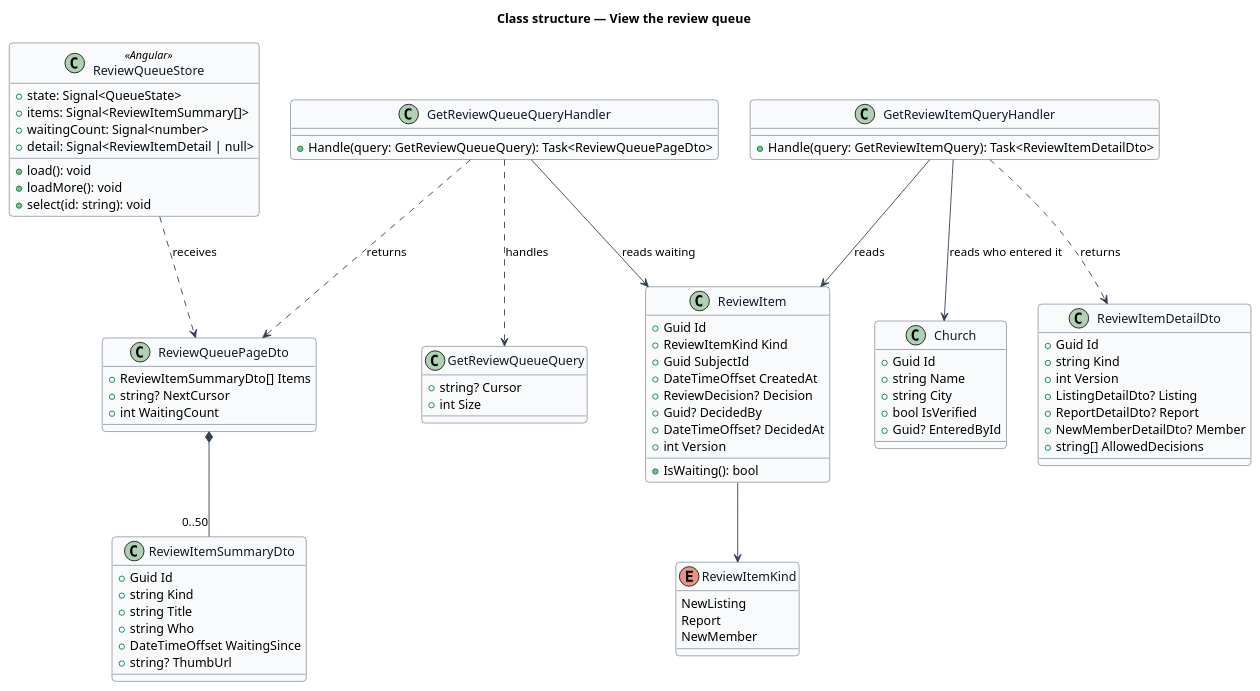
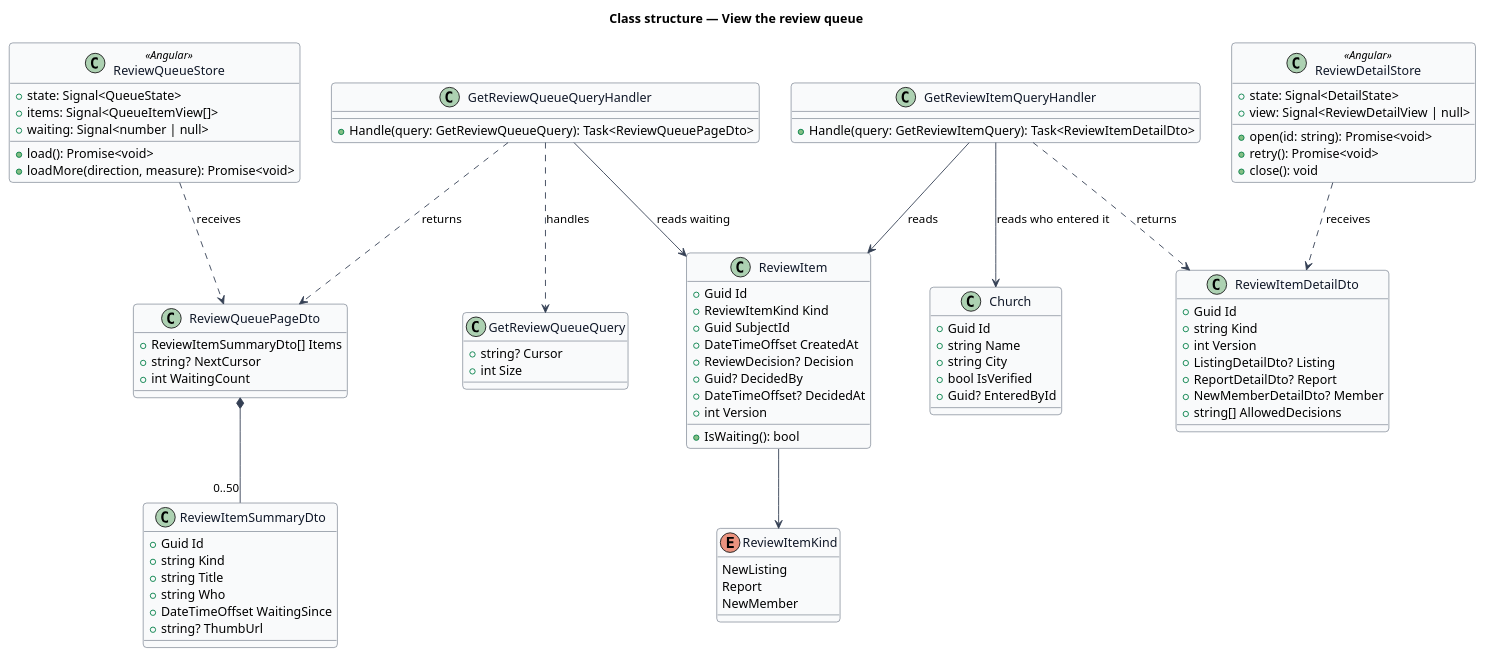
The diagram in docs/detailed-designs/review/view-review-queue/diagrams/class-structure.puml (QuinntyneBrown/christian-rent), drawn with PlantUML before and after one commit. The commit also changed 19 other files, not shown here.

```diff
--- a/docs/detailed-designs/review/view-review-queue/diagrams/class-structure.puml
+++ b/docs/detailed-designs/review/view-review-queue/diagrams/class-structure.puml
@@ -1,89 +1,95 @@
 @startuml
 ' --- shared skin header ---
 skinparam backgroundColor #FFFFFF
 skinparam shadowing false
 skinparam roundcorner 8
 skinparam defaultFontName Arial
 skinparam ArrowColor #344054
 skinparam class {
   BorderColor #344054
   FontColor #101828
   BackgroundColor #F9FAFB
 }
 ' --------------------------
 title Class structure — View the review queue
 
 class ReviewItem {
   +Guid Id
   +ReviewItemKind Kind
   +Guid SubjectId
   +DateTimeOffset CreatedAt
   +ReviewDecision? Decision
   +Guid? DecidedBy
   +DateTimeOffset? DecidedAt
   +int Version
   +IsWaiting(): bool
 }
 enum ReviewItemKind {
   NewListing
   Report
   NewMember
 }
 class Church {
   +Guid Id
   +string Name
   +string City
   +bool IsVerified
   +Guid? EnteredById
 }
 class GetReviewQueueQuery {
   +string? Cursor
   +int Size
 }
 class GetReviewQueueQueryHandler {
   +Handle(query: GetReviewQueueQuery): Task<ReviewQueuePageDto>
 }
 class GetReviewItemQueryHandler {
   +Handle(query: GetReviewItemQuery): Task<ReviewItemDetailDto>
 }
 class ReviewQueuePageDto {
   +ReviewItemSummaryDto[] Items
   +string? NextCursor
   +int WaitingCount
 }
 class ReviewItemSummaryDto {
   +Guid Id
   +string Kind
   +string Title
   +string Who
   +DateTimeOffset WaitingSince
   +string? ThumbUrl
 }
 class ReviewItemDetailDto {
   +Guid Id
   +string Kind
   +int Version
   +ListingDetailDto? Listing
   +ReportDetailDto? Report
   +NewMemberDetailDto? Member
   +string[] AllowedDecisions
 }
 class ReviewQueueStore <<Angular>> {
   +state: Signal<QueueState>
-  +items: Signal<ReviewItemSummary[]>
-  +waitingCount: Signal<number>
-  +detail: Signal<ReviewItemDetail | null>
-  +load(): void
-  +loadMore(): void
-  +select(id: string): void
+  +items: Signal<QueueItemView[]>
+  +waiting: Signal<number | null>
+  +load(): Promise<void>
+  +loadMore(direction, measure): Promise<void>
+}
+class ReviewDetailStore <<Angular>> {
+  +state: Signal<DetailState>
+  +view: Signal<ReviewDetailView | null>
+  +open(id: string): Promise<void>
+  +retry(): Promise<void>
+  +close(): void
 }
 ReviewItem --> ReviewItemKind
 GetReviewQueueQueryHandler ..> GetReviewQueueQuery : handles
 GetReviewQueueQueryHandler --> ReviewItem : reads waiting
 GetReviewQueueQueryHandler ..> ReviewQueuePageDto : returns
 ReviewQueuePageDto *-- "0..50" ReviewItemSummaryDto
 GetReviewItemQueryHandler --> ReviewItem : reads
 GetReviewItemQueryHandler ..> ReviewItemDetailDto : returns
 ReviewQueueStore ..> ReviewQueuePageDto : receives
+ReviewDetailStore ..> ReviewItemDetailDto : receives
 GetReviewItemQueryHandler --> Church : reads who entered it
 @enduml
```
